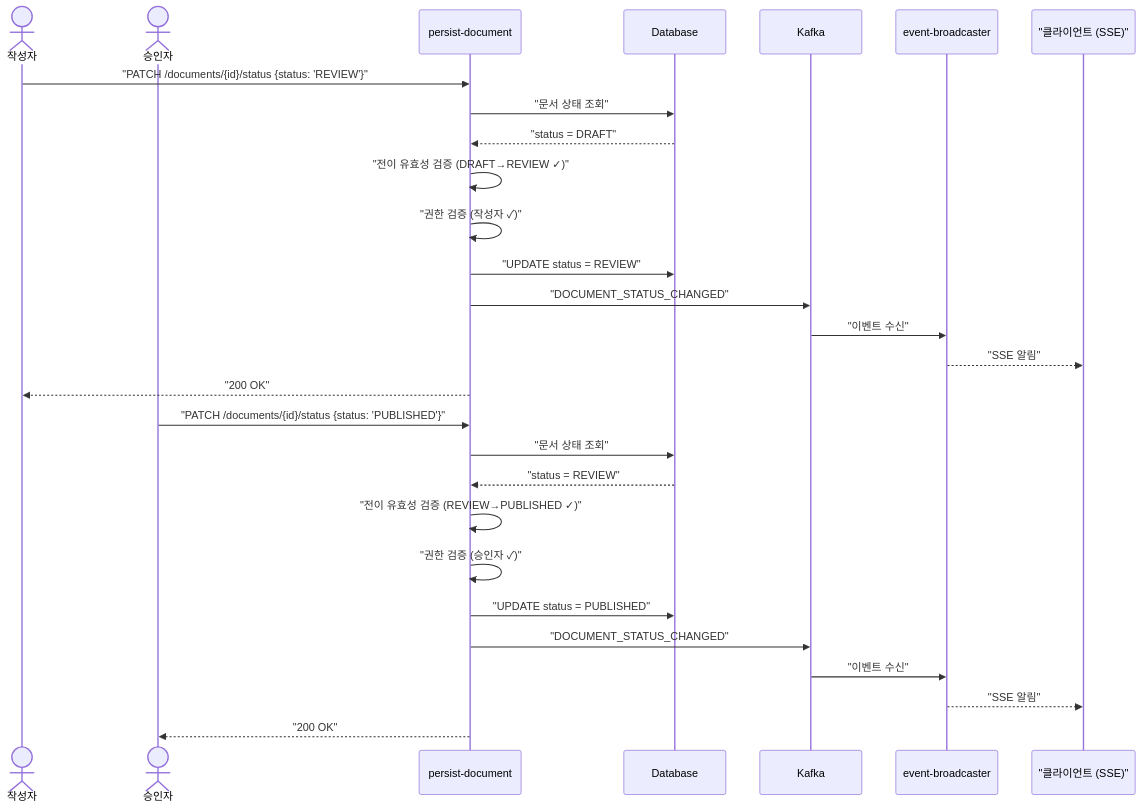
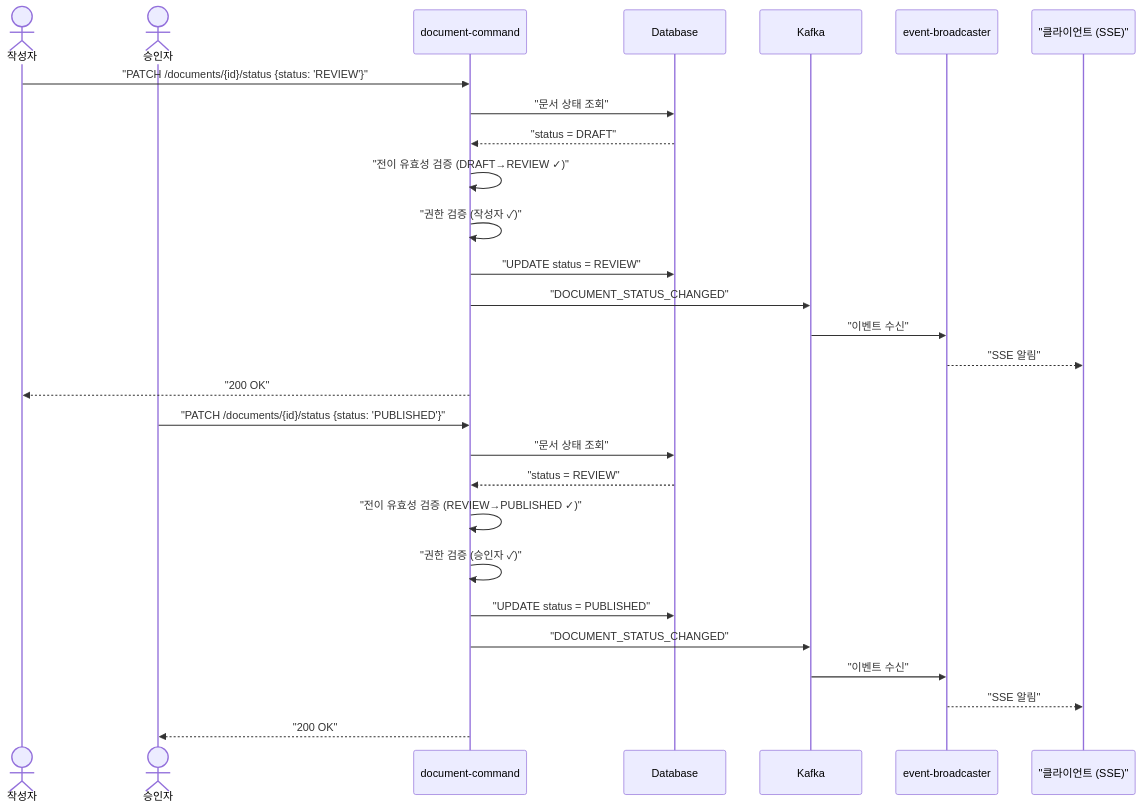
Diagram 25 of 28 in docs/usecases.md (sayaya1090/handbook), drawn with Mermaid before and after one commit. The commit also changed other lines of this file and 620 other files, not shown here.

````diff
--- a/docs/usecases.md
+++ b/docs/usecases.md
@@ -1789,32 +1789,32 @@
 ```mermaid
 sequenceDiagram
     actor Author as 작성자
     actor Approver as 승인자
-    participant API as persist-document
+    participant API as document-command
     participant DB as Database
     participant K as Kafka
     participant EB as event-broadcaster
     participant C as "클라이언트 (SSE)"
 
     Author->>API: "PATCH /documents/{id}/status {status: 'REVIEW'}"
     API->>DB: "문서 상태 조회"
     DB-->>API: "status = DRAFT"
     API->>API: "전이 유효성 검증 (DRAFT→REVIEW ✓)"
     API->>API: "권한 검증 (작성자 ✓)"
     API->>DB: "UPDATE status = REVIEW"
     API->>K: "DOCUMENT_STATUS_CHANGED"
     K->>EB: "이벤트 수신"
     EB-->>C: "SSE 알림"
     API-->>Author: "200 OK"
 
     Approver->>API: "PATCH /documents/{id}/status {status: 'PUBLISHED'}"
     API->>DB: "문서 상태 조회"
     DB-->>API: "status = REVIEW"
     API->>API: "전이 유효성 검증 (REVIEW→PUBLISHED ✓)"
     API->>API: "권한 검증 (승인자 ✓)"
     API->>DB: "UPDATE status = PUBLISHED"
     API->>K: "DOCUMENT_STATUS_CHANGED"
     K->>EB: "이벤트 수신"
     EB-->>C: "SSE 알림"
     API-->>Approver: "200 OK"
 ```
````
